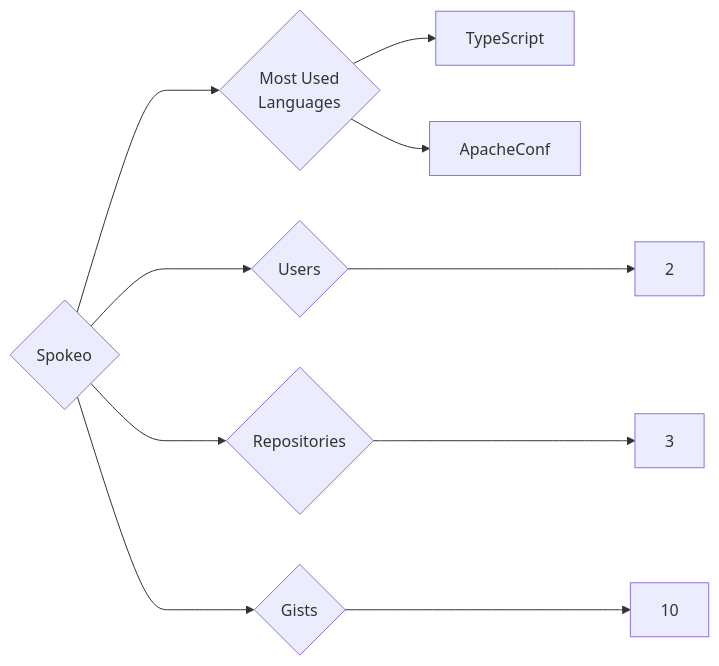
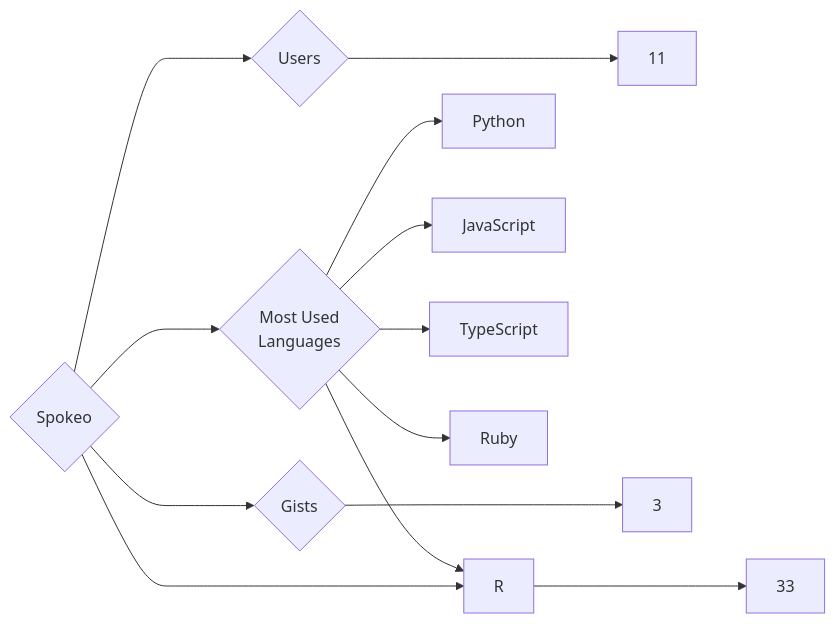
The diagram in targets/Spokeo/README.md (trickest/insiders), drawn with Mermaid before and after one commit. The commit also changed 877 other files, not shown here.

````diff
--- a/targets/Spokeo/README.md
+++ b/targets/Spokeo/README.md
@@ -3,10 +3,13 @@
 ```mermaid
 graph LR
 COMPANY_NAME{Spokeo}
-COMPANY_NAME ---> U{Users} ---> UN[2]
-COMPANY_NAME ---> R{Repositories} ---> RN[3]
-COMPANY_NAME ---> G{Gists} ---> GN[10]
+COMPANY_NAME ---> U{Users} ---> UN[11]
+COMPANY_NAME ---> R{Repositories} ---> RN[33]
+COMPANY_NAME ---> G{Gists} ---> GN[3]
 COMPANY_NAME ---> ML{Most Used<br>Languages}
+ML --> Python[Python]
+ML --> JavaScript[JavaScript]
+ML --> R[R]
 ML --> TypeScript[TypeScript]
-ML --> ApacheConf[ApacheConf]
+ML --> Ruby[Ruby]
 ```
````
